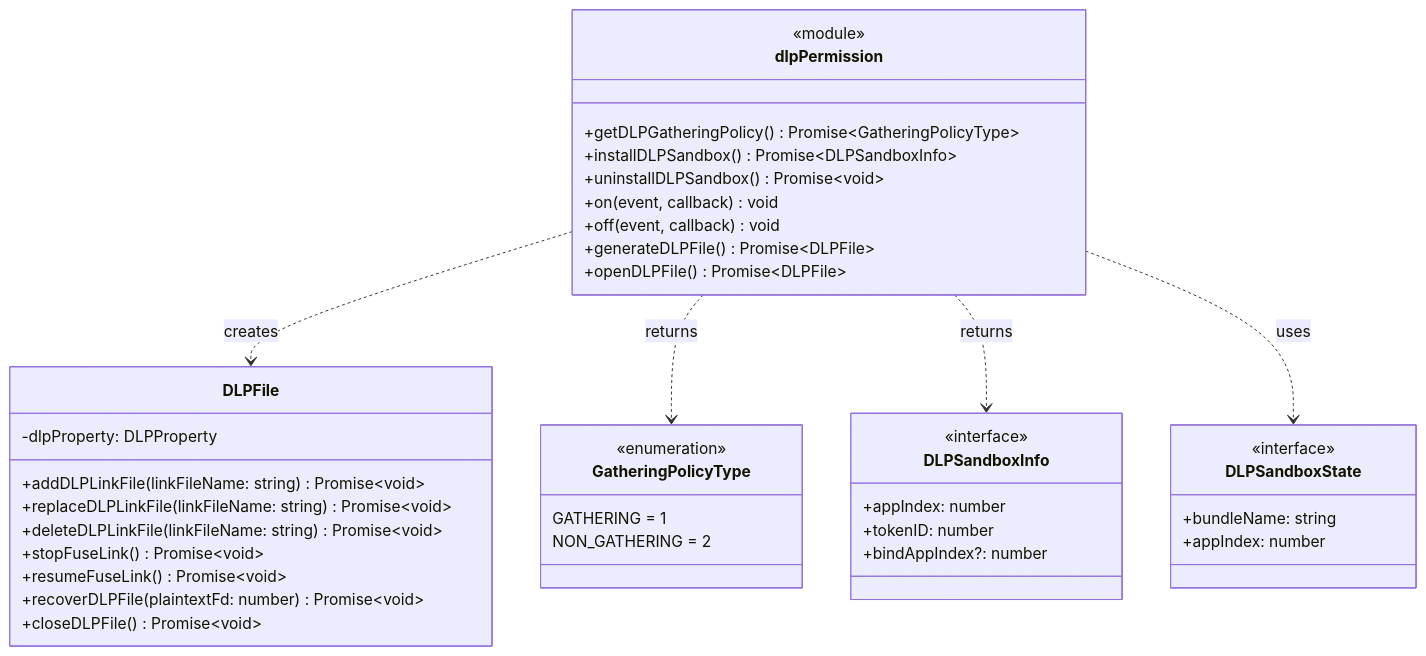
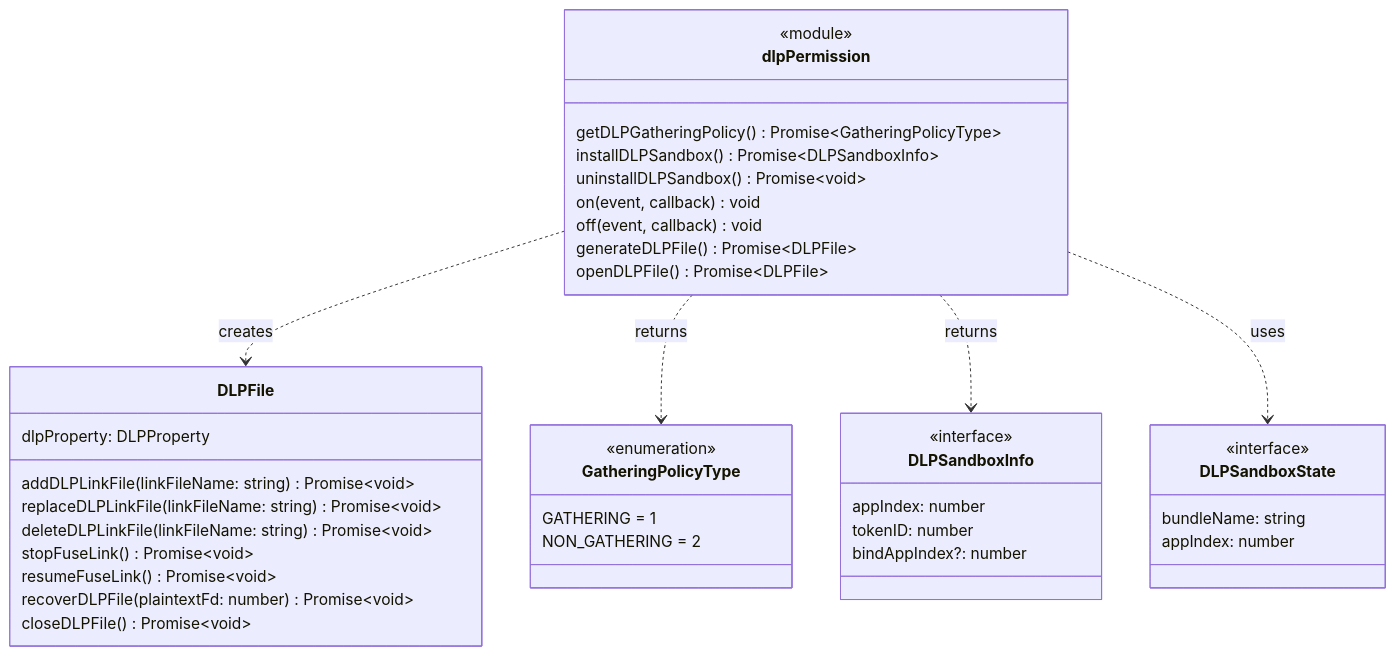
The diagram in zh-cn/application-dev/reference/apis-data-protection-kit/js-apis-dlppermission-sys.md (openharmony-rs/openharmony-docs), drawn with Mermaid before and after one commit. The commit also changed other lines of this file, not shown here.

````diff
--- a/zh-cn/application-dev/reference/apis-data-protection-kit/js-apis-dlppermission-sys.md
+++ b/zh-cn/application-dev/reference/apis-data-protection-kit/js-apis-dlppermission-sys.md
@@ -44,48 +44,48 @@
 ```mermaid
 classDiagram
     class dlpPermission {
         <<module>>
-        +getDLPGatheringPolicy() Promise~GatheringPolicyType~
-        +installDLPSandbox() Promise~DLPSandboxInfo~
-        +uninstallDLPSandbox() Promise~void~
-        +on(event, callback) void
-        +off(event, callback) void
-        +generateDLPFile() Promise~DLPFile~
-        +openDLPFile() Promise~DLPFile~
+        getDLPGatheringPolicy() Promise~GatheringPolicyType~
+        installDLPSandbox() Promise~DLPSandboxInfo~
+        uninstallDLPSandbox() Promise~void~
+        on(event, callback) void
+        off(event, callback) void
+        generateDLPFile() Promise~DLPFile~
+        openDLPFile() Promise~DLPFile~
     }
     
     class DLPFile {
-        -dlpProperty: DLPProperty
-        +addDLPLinkFile(linkFileName: string) Promise~void~
-        +replaceDLPLinkFile(linkFileName: string) Promise~void~
-        +deleteDLPLinkFile(linkFileName: string) Promise~void~
-        +stopFuseLink() Promise~void~
-        +resumeFuseLink() Promise~void~
-        +recoverDLPFile(plaintextFd: number) Promise~void~
-        +closeDLPFile() Promise~void~
+        dlpProperty: DLPProperty
+        addDLPLinkFile(linkFileName: string) Promise~void~
+        replaceDLPLinkFile(linkFileName: string) Promise~void~
+        deleteDLPLinkFile(linkFileName: string) Promise~void~
+        stopFuseLink() Promise~void~
+        resumeFuseLink() Promise~void~
+        recoverDLPFile(plaintextFd: number) Promise~void~
+        closeDLPFile() Promise~void~
     }
     
     class GatheringPolicyType {
         <<enumeration>>
         GATHERING = 1
         NON_GATHERING = 2
     }
     
     class DLPSandboxInfo {
         <<interface>>
-        +appIndex: number
-        +tokenID: number
-        +bindAppIndex?: number
+        appIndex: number
+        tokenID: number
+        bindAppIndex?: number
     }
     
     class DLPSandboxState {
         <<interface>>
-        +bundleName: string
-        +appIndex: number
+        bundleName: string
+        appIndex: number
     }
     
     dlpPermission ..> DLPFile : creates
     dlpPermission ..> GatheringPolicyType : returns
     dlpPermission ..> DLPSandboxInfo : returns
     dlpPermission ..> DLPSandboxState : uses
 ```
````
